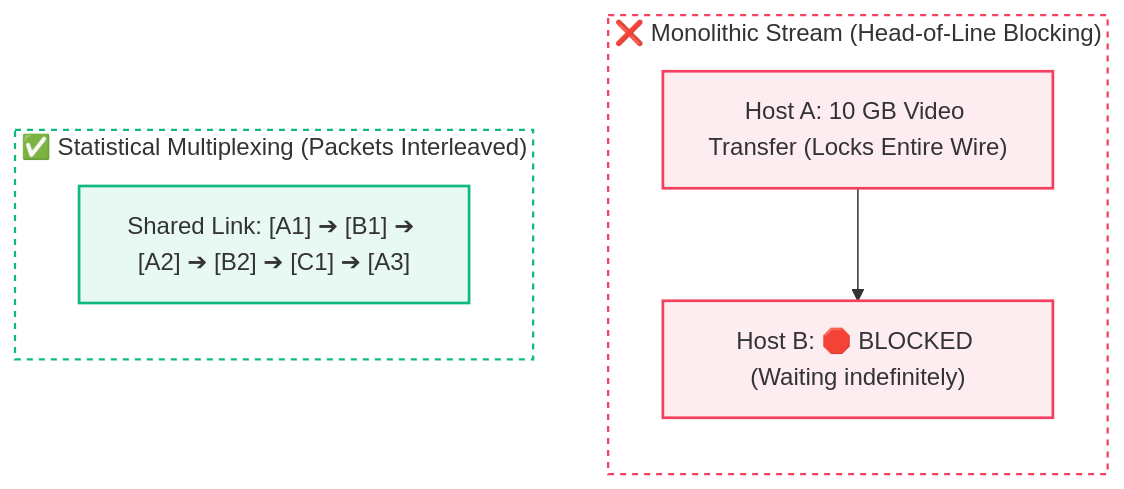
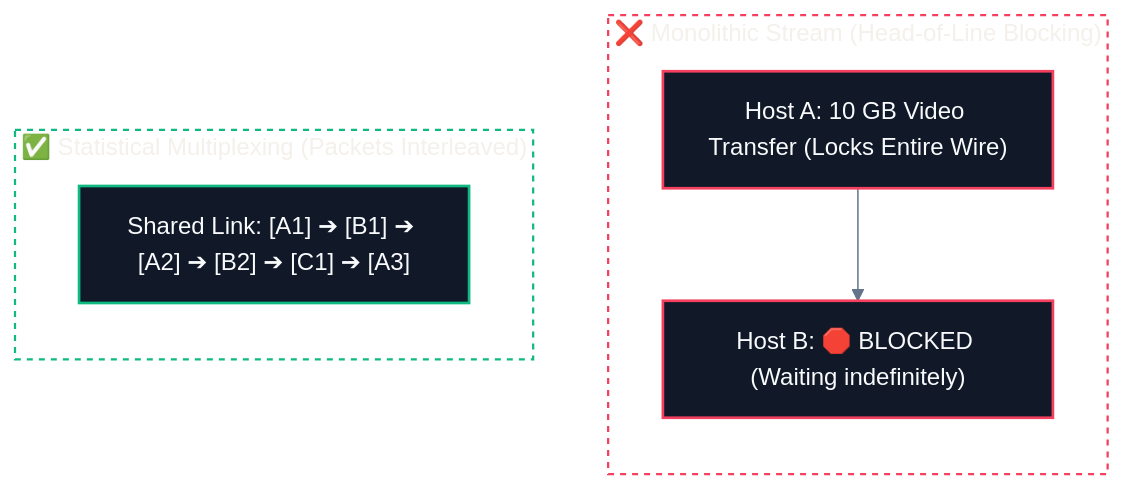
One commit to abhinavbharti2345/CS_Notes changed the second of 3 diagrams in CS/Computer Networking/01. Architecture & Fundamentals/02. Packets and Packet Switching.md. Above: the diagram before and after it, drawn with Mermaid. The commit also changed other lines of this file and 195 other files, not shown here.

````diff
--- a/CS/Computer Networking/01. Architecture & Fundamentals/02. Packets and Packet Switching.md
+++ b/CS/Computer Networking/01. Architecture & Fundamentals/02. Packets and Packet Switching.md
@@ -60,21 +61,22 @@
 ```mermaid
+%%{init: {'theme': 'base', 'themeVariables': { 'darkMode': true, 'background': '#0B0F14', 'mainBkg': '#111827', 'primaryColor': '#111827', 'primaryTextColor': '#F8FAFC', 'primaryBorderColor': '#38BDF8', 'lineColor': '#64748B', 'secondaryColor': '#0B0F14', 'tertiaryColor': '#0B0F14', 'clusterBkg': '#0B0F14', 'clusterBorder': '#38BDF8' }}}%%
 flowchart TD
     subgraph Monolithic ["❌ Monolithic Stream (Head-of-Line Blocking)"]
         direction TD
         H1["Host A: 10 GB Video Transfer (Locks Entire Wire)"] --> H2["Host B: 🛑 BLOCKED (Waiting indefinitely)"]
     end
 
     subgraph Multiplex ["✅ Statistical Multiplexing (Packets Interleaved)"]
         direction TD
         Pkt["Shared Link: [A1] ➔ [B1] ➔ [A2] ➔ [B2] ➔ [C1] ➔ [A3]"]
     end
 
     style Monolithic fill:none,stroke:#f43f5e,stroke-width:1.5px,stroke-dasharray:4 4
     style Multiplex fill:none,stroke:#10b981,stroke-width:1.5px,stroke-dasharray:4 4
 
-    classDef bad fill:#f43f5e18,stroke:#f43f5e,stroke-width:1.8px;
-    classDef good fill:#10b98118,stroke:#10b981,stroke-width:1.8px;
+    classDef bad fill:#111827,stroke:#f43f5e,stroke-width:1.8px,color:#F8FAFC;
+    classDef good fill:#111827,stroke:#10b981,stroke-width:1.8px,color:#F8FAFC;
 
     class H1,H2 bad;
     class Pkt good;
 ```
````
